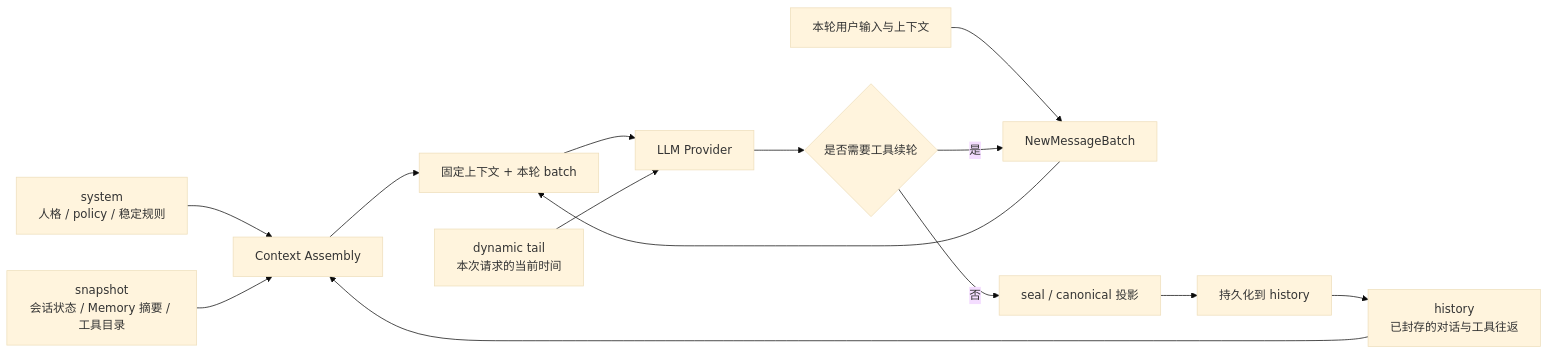
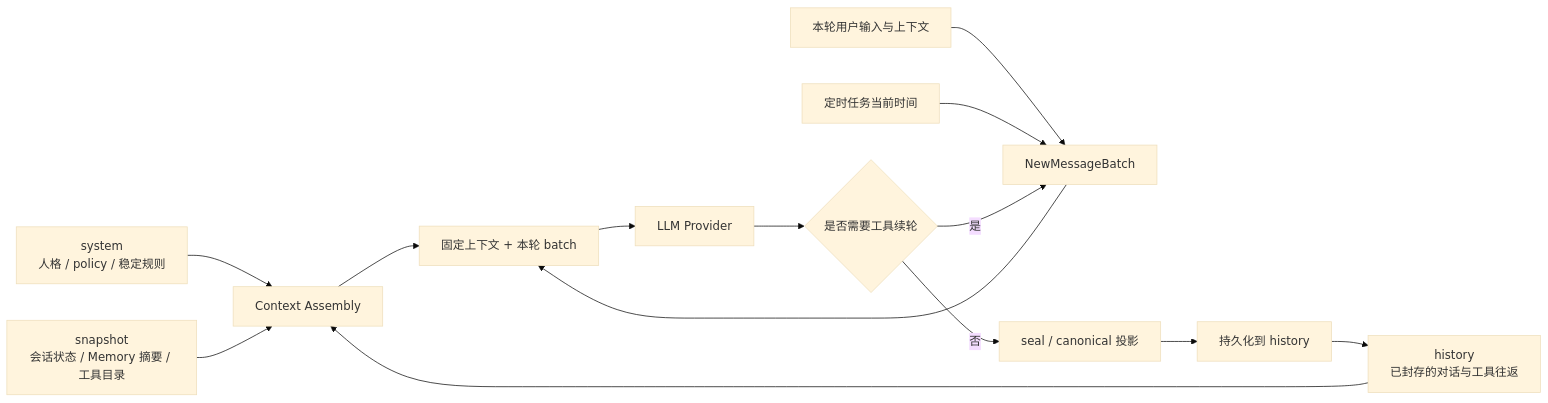
Before and after one commit to Coffeiz/Gugu-web: the second of 3 diagrams in README.md, drawn with Mermaid (base theme). The commit also changed other lines of this file and 43 other files, not shown here.

````diff
--- a/README.md
+++ b/README.md
@@ -322,16 +322,16 @@
 ```mermaid
 flowchart LR
     S[system<br/>人格 / policy / 稳定规则] --> C[Context Assembly]
     P[snapshot<br/>会话状态 / Memory 摘要 / 工具目录] --> C
     H[history<br/>已封存的对话与工具往返] --> C
     I[本轮用户输入与上下文] --> B[NewMessageBatch]
     C --> R[固定上下文 + 本轮 batch]
     B --> R
     R --> L[LLM Provider]
-    D[dynamic tail<br/>本次请求的当前时间] --> L
+    T[定时任务当前时间] --> B
     L --> Q{是否需要工具续轮}
     Q -- 是 --> B
     Q -- 否 --> K[seal / canonical 投影]
     K --> H2[持久化到 history]
     H2 --> H
 ```
````
